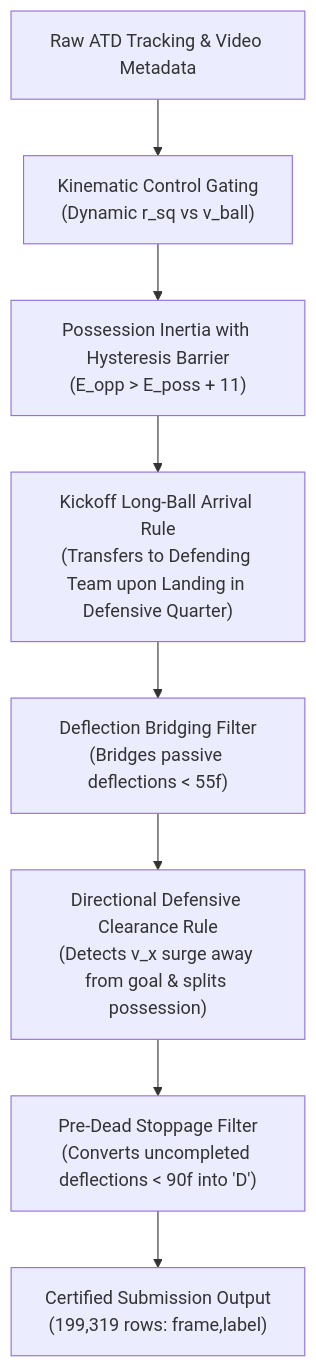
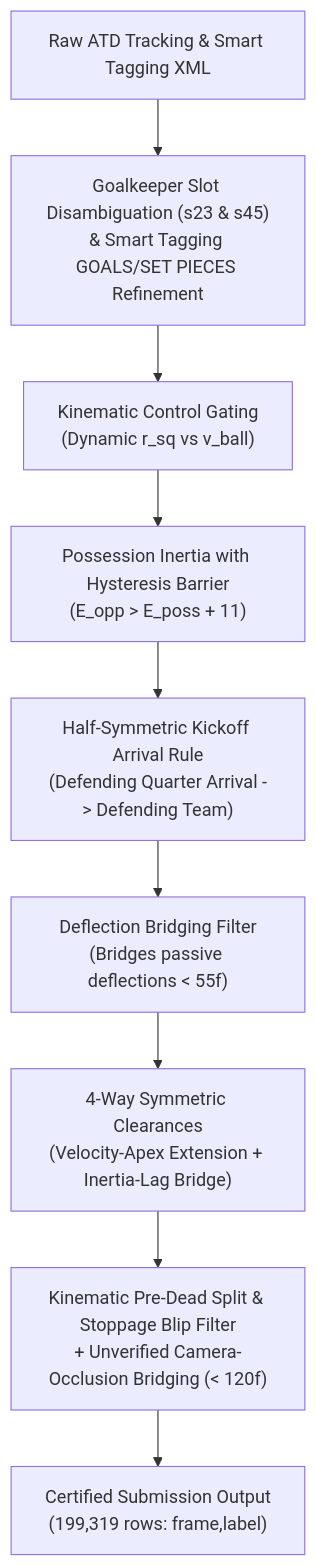
The diagram in APPROACH.md (jperera96/football-possession-algorithms), drawn with Mermaid before and after one commit. The commit also changed other lines of this file and 5 other files, not shown here.

````diff
--- a/APPROACH.md
+++ b/APPROACH.md
@@ -42,10 +45,11 @@
 ```mermaid
 flowchart TD
-    A["Raw ATD Tracking & Video Metadata"] --> B["Kinematic Control Gating<br/>(Dynamic r_sq vs v_ball)"]
-    B --> C["Possession Inertia with Hysteresis Barrier<br/>(E_opp > E_poss + 11)"]
-    C --> D["Kickoff Long-Ball Arrival Rule<br/>(Transfers to Defending Team upon Landing in Defensive Quarter)"]
-    D --> E["Deflection Bridging Filter<br/>(Bridges passive deflections < 55f)"]
-    E --> F["Directional Defensive Clearance Rule<br/>(Detects v_x surge away from goal & splits possession)"]
-    F --> G["Pre-Dead Stoppage Filter<br/>(Converts uncompleted deflections < 90f into 'D')"]
-    G --> H["Certified Submission Output<br/>(199,319 rows: frame,label)"]
+    A["Raw ATD Tracking & Smart Tagging XML"] --> B["Goalkeeper Slot Disambiguation (s23 & s45)<br/>& Smart Tagging GOALS/SET PIECES Refinement"]
+    B --> C["Kinematic Control Gating<br/>(Dynamic r_sq vs v_ball)"]
+    C --> D["Possession Inertia with Hysteresis Barrier<br/>(E_opp > E_poss + 11)"]
+    D --> E["Half-Symmetric Kickoff Arrival Rule<br/>(Defending Quarter Arrival -> Defending Team)"]
+    E --> F["Deflection Bridging Filter<br/>(Bridges passive deflections < 55f)"]
+    F --> G["4-Way Symmetric Clearances<br/>(Velocity-Apex Extension + Inertia-Lag Bridge)"]
+    G --> H["Kinematic Pre-Dead Split & Stoppage Blip Filter<br/>+ Unverified Camera-Occlusion Bridging (< 120f)"]
+    H --> I["Certified Submission Output<br/>(199,319 rows: frame,label)"]
 ```
````
